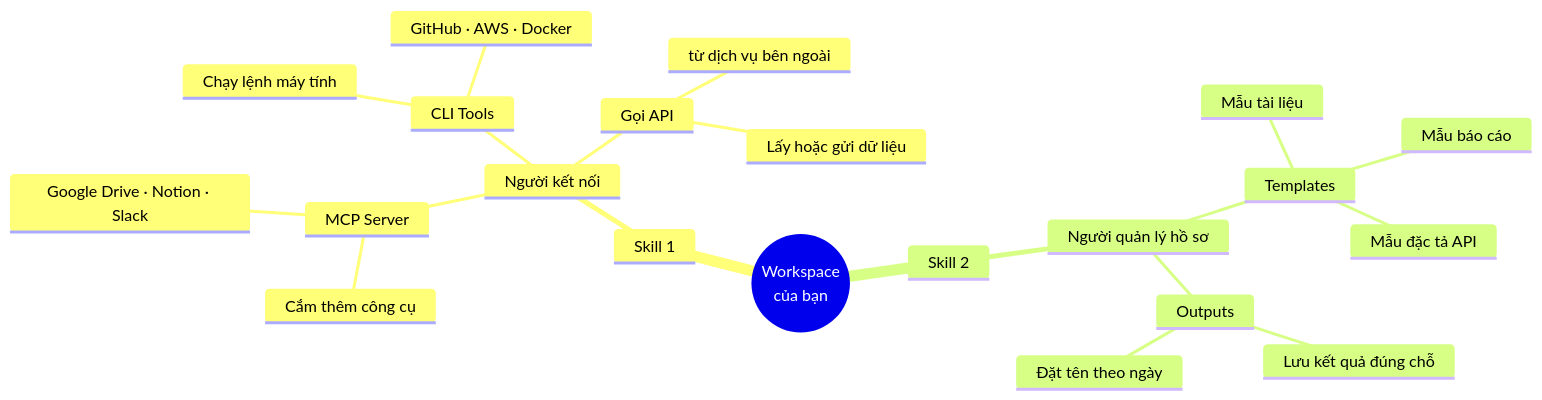
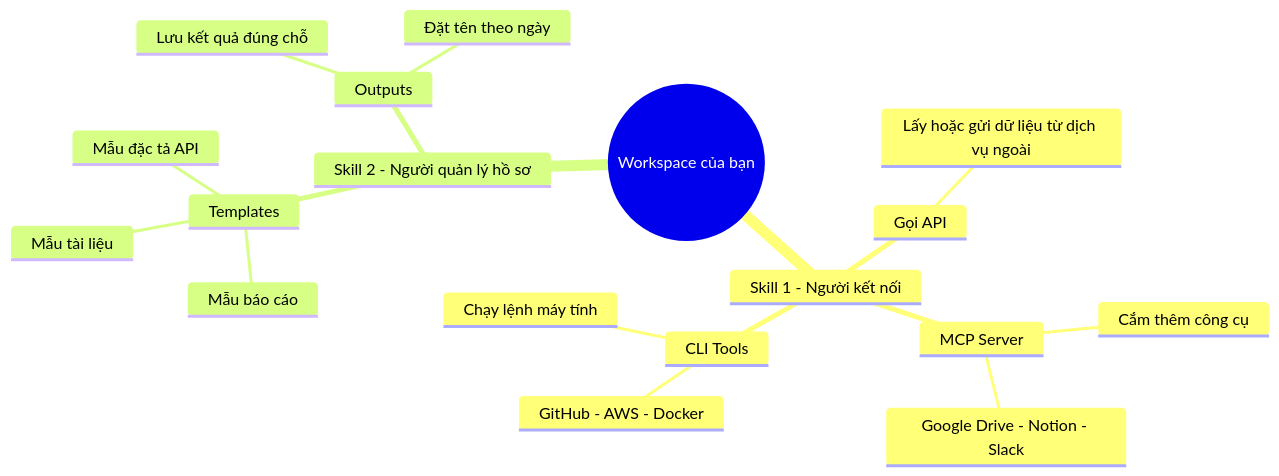
The first of 3 diagrams in README.md (bochidung642-blip/1-kh-ng-gian-l-m-vi-c-c-nh-n-v-i-c-c-skills), drawn with Mermaid before and after one commit. The commit also changed other lines of this file, not shown here.

Commit message:
fix: sửa lỗi render Mermaid diagram trên GitHub
- Mindmap: bỏ thẻ <br/> không được hỗ trợ trong node label
- Flowchart: bỏ \n trong label, tách C2 & C3 & C4 thành 3 dòng riêng
- Sequence: bỏ <br/> trong tên participant và message

````diff
--- a/README.md
+++ b/README.md
@@ -9,24 +9,21 @@
 ```mermaid
 mindmap
-  root((Workspace<br/>của bạn))
-    Skill 1
-      Người kết nối
-        Gọi API
-          Lấy hoặc gửi dữ liệu
-          từ dịch vụ bên ngoài
-        MCP Server
-          Cắm thêm công cụ
-          Google Drive · Notion · Slack
-        CLI Tools
-          Chạy lệnh máy tính
-          GitHub · AWS · Docker
-    Skill 2
-      Người quản lý hồ sơ
-        Templates
-          Mẫu tài liệu
-          Mẫu báo cáo
-          Mẫu đặc tả API
-        Outputs
-          Lưu kết quả đúng chỗ
-          Đặt tên theo ngày
+  root((Workspace của bạn))
+    Skill 1 - Người kết nối
+      Gọi API
+        Lấy hoặc gửi dữ liệu từ dịch vụ ngoài
+      MCP Server
+        Cắm thêm công cụ
+        Google Drive - Notion - Slack
+      CLI Tools
+        Chạy lệnh máy tính
+        GitHub - AWS - Docker
+    Skill 2 - Người quản lý hồ sơ
+      Templates
+        Mẫu tài liệu
+        Mẫu báo cáo
+        Mẫu đặc tả API
+      Outputs
+        Lưu kết quả đúng chỗ
+        Đặt tên theo ngày
 ```
````
